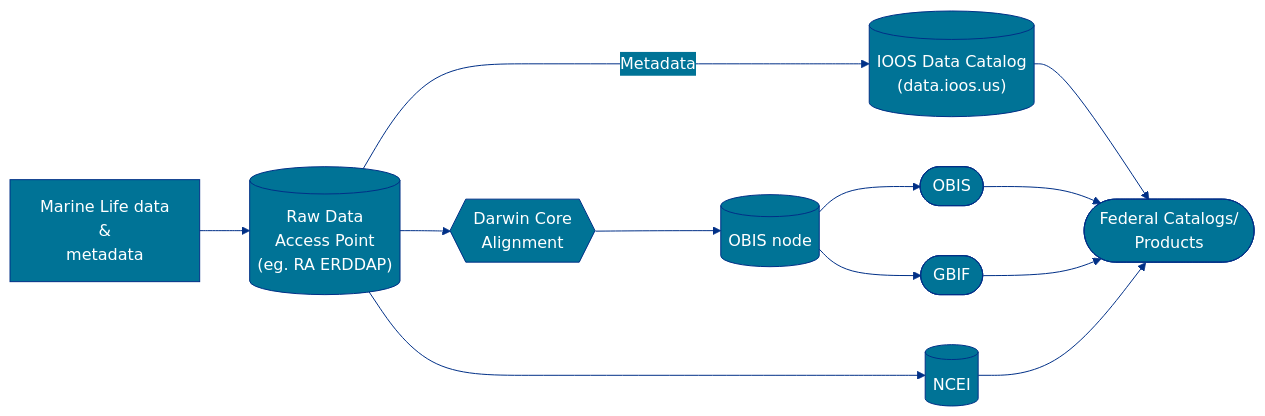
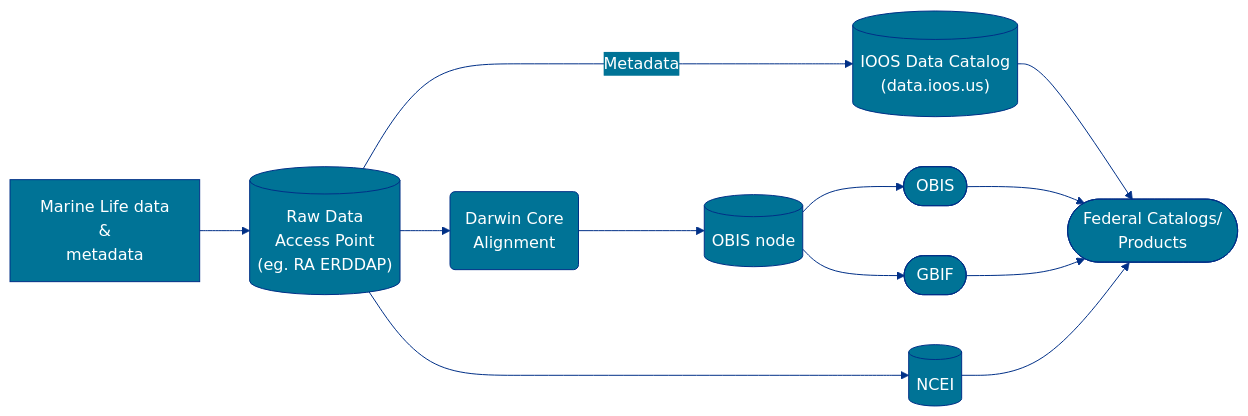
Before and after one commit to ioos/marine_life_data_network: the diagram in _docs/mldn-data-flow.md, drawn with Mermaid. The commit also changed other lines of this file, not shown here.

Commit message:
fix mermaid diagram and TOC

````diff
--- a/_docs/mldn-data-flow.md
+++ b/_docs/mldn-data-flow.md
@@ -12,62 +12,62 @@
 ```mermaid
 
 %%{
   init: {
     'theme': 'base',
     'themeVariables': {
       'primaryColor': '#007396',
       'primaryTextColor': '#fff',
       'primaryBorderColor': '#003087',
       'lineColor': '#003087',
       'secondaryColor': '#007396',
       'tertiaryColor': '#CCD1D1'
     },
    'flowchart': { 'curve': 'basis' }
   }
 }%%
 
 flowchart LR
 
 A["Marine Life data 
 & 
 metadata"] 
 
 B[("Raw Data 
 Access Point
 (eg. RA ERDDAP)")]
 
-C{{"Darwin Core
-Alignment"}}
+C("Darwin Core
+Alignment")
 
 D[(NCEI)]
 
 E[("OBIS node")]
 
 G([OBIS])
 
 H([GBIF])
 
 I[("IOOS Data Catalog
 (data.ioos.us)")]
 
 FC(["Federal Catalogs/
 Products"])
 
 
 A --> B
 B -- Metadata --> I
 B --> C
 B --> D
 
 C --> E
 E --> G
 E --> H
 
 I --> FC
 
 G --> FC
 H --> FC
 
 
 D --> FC
 ```
````
